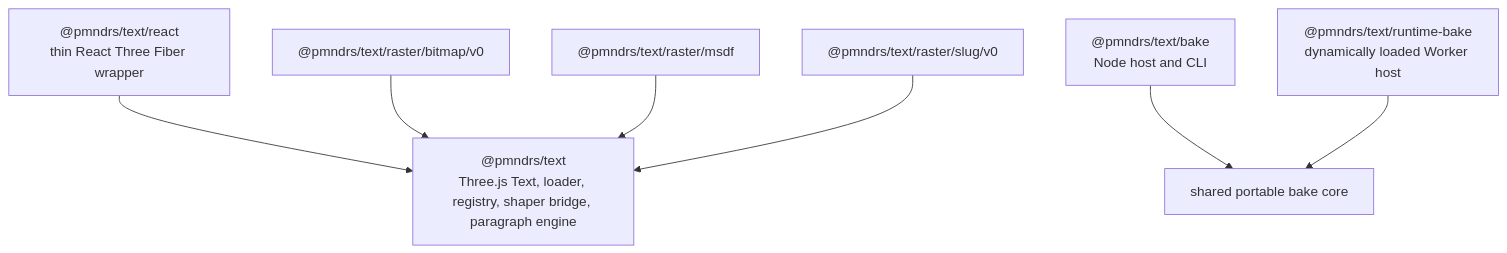
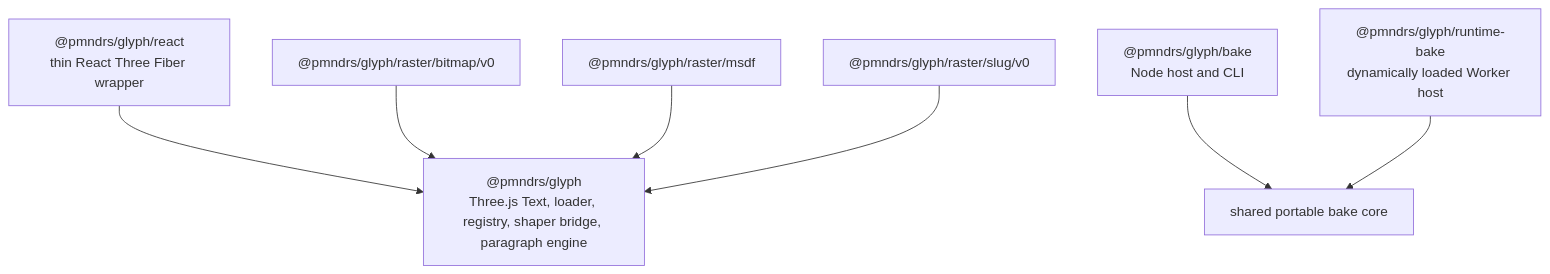
One commit to alvarosabu/glyph changed the diagram in docs/planning/api-shapes.md. Above: the diagram before and after it, drawn with Mermaid. The commit also changed other lines of this file and 782 other files, not shown here.

Commit message:
refactor!: rename text package to glyph (#78)

````diff
--- a/docs/planning/api-shapes.md
+++ b/docs/planning/api-shapes.md
@@ -103,10 +103,10 @@
 ```mermaid
 flowchart TD
-  Core["@pmndrs/text<br/>Three.js Text, loader, registry, shaper bridge, paragraph engine"]
-  React["@pmndrs/text/react<br/>thin React Three Fiber wrapper"] --> Core
-  Bake["@pmndrs/text/bake<br/>Node host and CLI"] --> BakeCore["shared portable bake core"]
-  Runtime["@pmndrs/text/runtime-bake<br/>dynamically loaded Worker host"] --> BakeCore
-  Bitmap["@pmndrs/text/raster/bitmap/v0"] --> Core
-  Msdf["@pmndrs/text/raster/msdf"] --> Core
-  Slug["@pmndrs/text/raster/slug/v0"] --> Core
+  Core["@pmndrs/glyph<br/>Three.js Text, loader, registry, shaper bridge, paragraph engine"]
+  React["@pmndrs/glyph/react<br/>thin React Three Fiber wrapper"] --> Core
+  Bake["@pmndrs/glyph/bake<br/>Node host and CLI"] --> BakeCore["shared portable bake core"]
+  Runtime["@pmndrs/glyph/runtime-bake<br/>dynamically loaded Worker host"] --> BakeCore
+  Bitmap["@pmndrs/glyph/raster/bitmap/v0"] --> Core
+  Msdf["@pmndrs/glyph/raster/msdf"] --> Core
+  Slug["@pmndrs/glyph/raster/slug/v0"] --> Core
 ```
````
